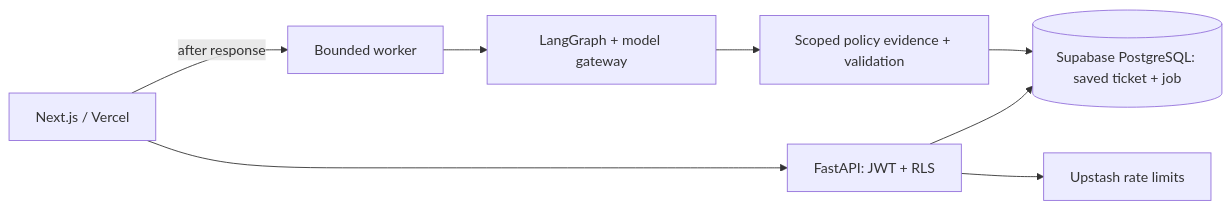
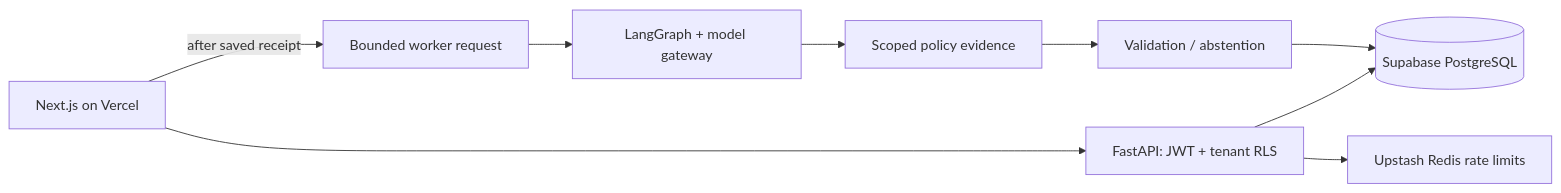
Before and after one commit to vishalgwu/tento-agents: the diagram in README.md, drawn with Mermaid. The commit also changed other lines of this file and 2 other files, not shown here.

````diff
--- a/README.md
+++ b/README.md
@@ -41,10 +61,11 @@
 ```mermaid
 flowchart LR
-  UI[Next.js / Vercel] --> API[FastAPI: JWT + RLS]
-  API --> DB[(Supabase PostgreSQL: saved ticket + job)]
-  API --> Rate[Upstash rate limits]
-  UI -->|after response| Worker[Bounded worker]
+  UI[Next.js on Vercel] --> API[FastAPI: JWT + tenant RLS]
+  API --> DB[(Supabase PostgreSQL)]
+  API --> Rate[Upstash Redis rate limits]
+  UI -->|after saved receipt| Worker[Bounded worker request]
   Worker --> Graph[LangGraph + model gateway]
-  Graph --> Ground[Scoped policy evidence + validation]
-  Ground --> DB
+  Graph --> Evidence[Scoped policy evidence]
+  Evidence --> Gate[Validation / abstention]
+  Gate --> DB
 ```
````
